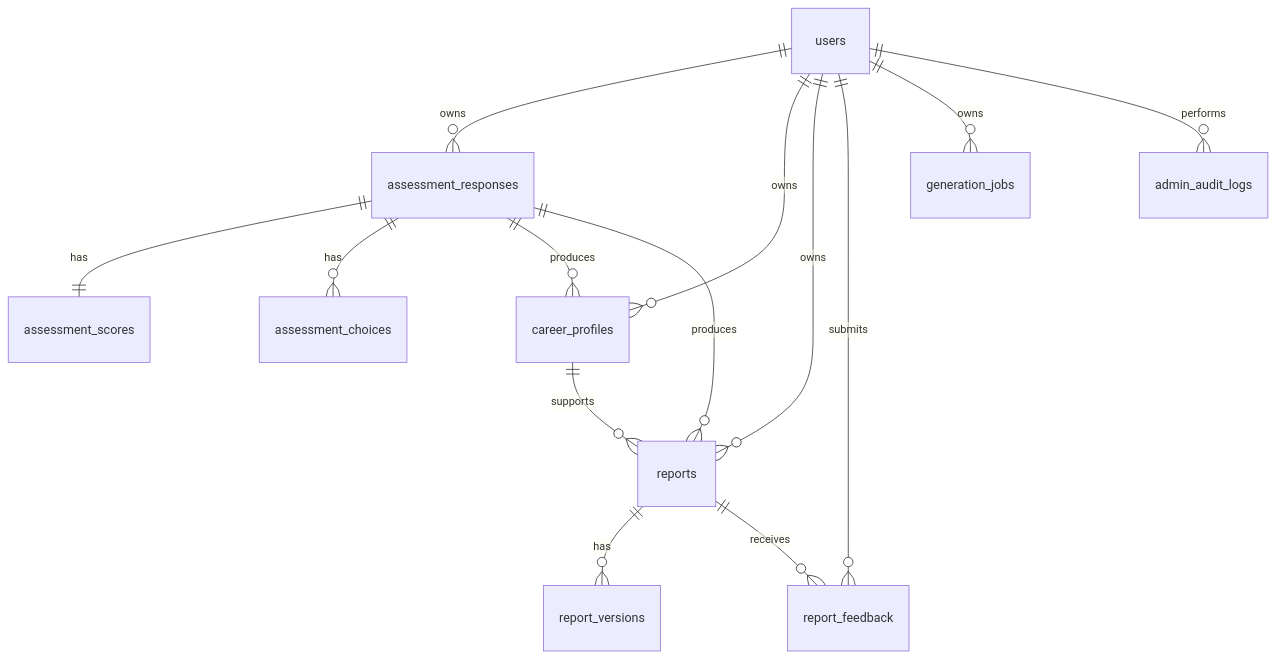
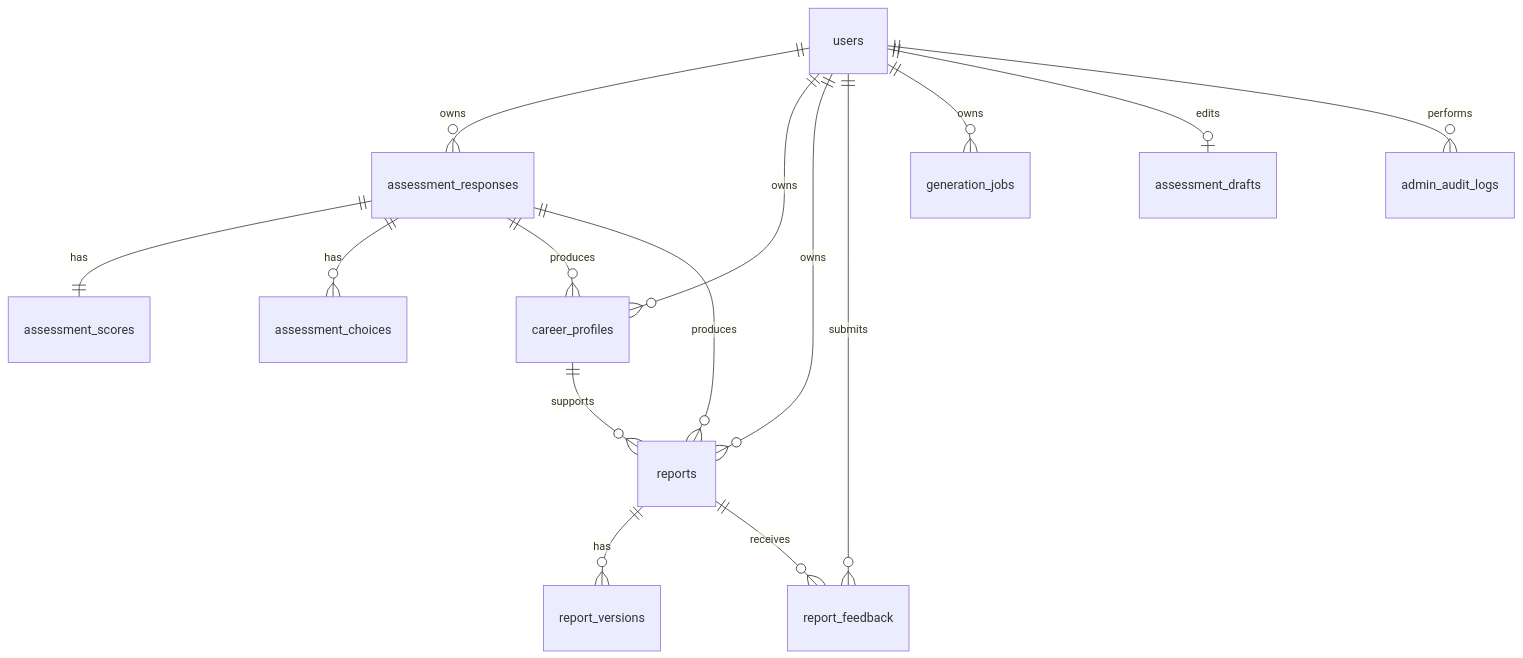
One commit to labixiaoji/SIYUAN-COMPASS changed the third of 3 diagrams in docs/实现文档.md. Above: the diagram before and after it, drawn with Mermaid. The commit also changed other lines of this file and 22 other files, not shown here.

````diff
--- a/docs/实现文档.md
+++ b/docs/实现文档.md
@@ -465,16 +468,17 @@
 ```mermaid
 erDiagram
   users ||--o{ assessment_responses : owns
   users ||--o{ career_profiles : owns
   users ||--o{ reports : owns
   users ||--o{ report_feedback : submits
   users ||--o{ generation_jobs : owns
+  users ||--o| assessment_drafts : edits
   users ||--o{ admin_audit_logs : performs
   assessment_responses ||--|| assessment_scores : has
   assessment_responses ||--o{ assessment_choices : has
   assessment_responses ||--o{ career_profiles : produces
   assessment_responses ||--o{ reports : produces
   career_profiles ||--o{ reports : supports
   reports ||--o{ report_versions : has
   reports ||--o{ report_feedback : receives
 ```
````
